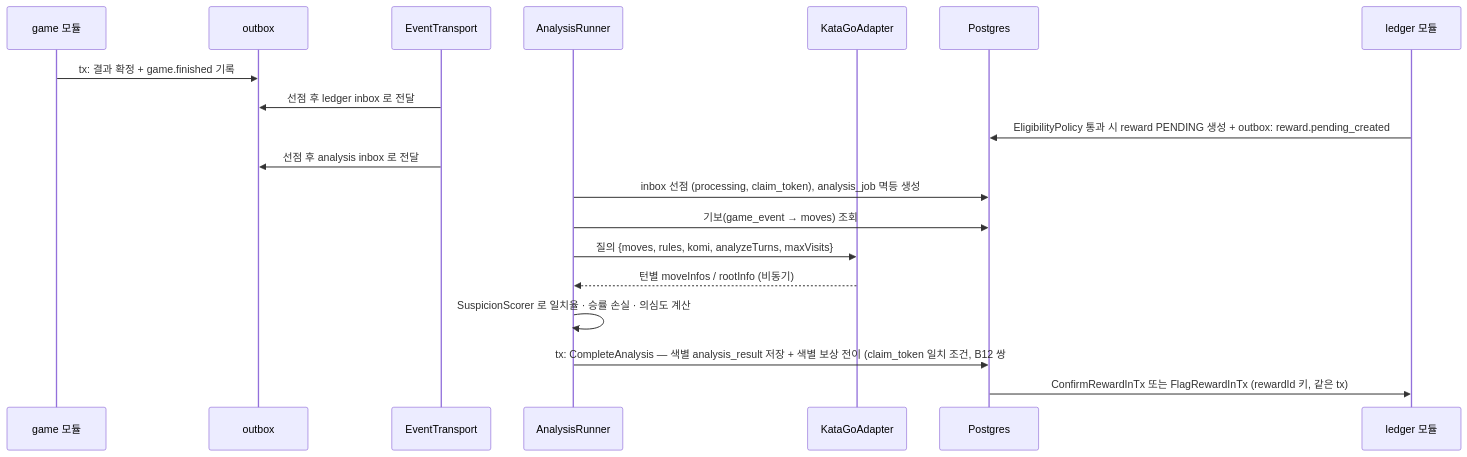
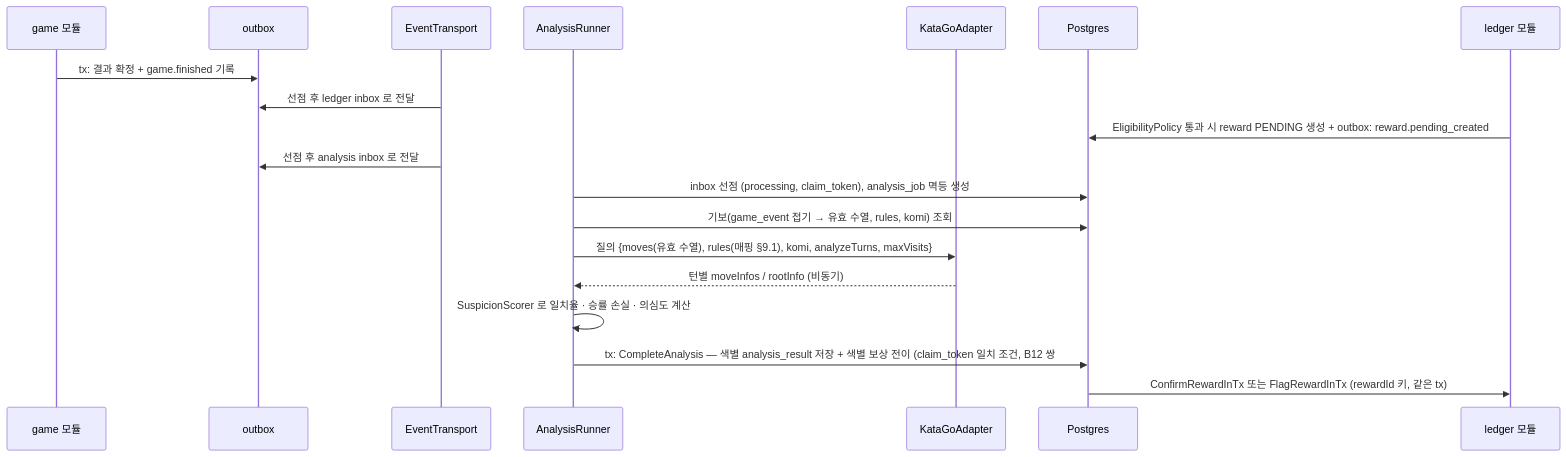
One commit to 1985jwlee/portpolio_backend changed diagram 16 of 21 in docs/design/phases/01-baduk.md. Above: the diagram before and after it, drawn with Mermaid. The commit also changed other lines of this file and 32 other files, not shown here.

````diff
--- a/docs/design/phases/01-baduk.md
+++ b/docs/design/phases/01-baduk.md
@@ -882,21 +1030,21 @@
 ```mermaid
 sequenceDiagram
     participant G as game 모듈
     participant O as outbox
     participant T as EventTransport
     participant W as AnalysisRunner
     participant K as KataGoAdapter
     participant D as Postgres
     participant L as ledger 모듈
     G->>O: tx: 결과 확정 + game.finished 기록
     T->>O: 선점 후 ledger inbox 로 전달
     L->>D: EligibilityPolicy 통과 시 reward PENDING 생성 + outbox: reward.pending_created
     T->>O: 선점 후 analysis inbox 로 전달
     W->>D: inbox 선점 (processing, claim_token), analysis_job 멱등 생성
-    W->>D: 기보(game_event → moves) 조회
-    W->>K: 질의 {moves, rules, komi, analyzeTurns, maxVisits}
+    W->>D: 기보(game_event 접기 → 유효 수열, rules, komi) 조회
+    W->>K: 질의 {moves(유효 수열), rules(매핑 §9.1), komi, analyzeTurns, maxVisits}
     K-->>W: 턴별 moveInfos / rootInfo (비동기)
     W->>W: SuspicionScorer 로 일치율 · 승률 손실 · 의심도 계산
     W->>D: tx: CompleteAnalysis — 색별 analysis_result 저장 + 색별 보상 전이 (claim_token 일치 조건, B12 쌍 #6)
     D->>L: ConfirmRewardInTx 또는 FlagRewardInTx (rewardId 키, 같은 tx)
 ```
````
